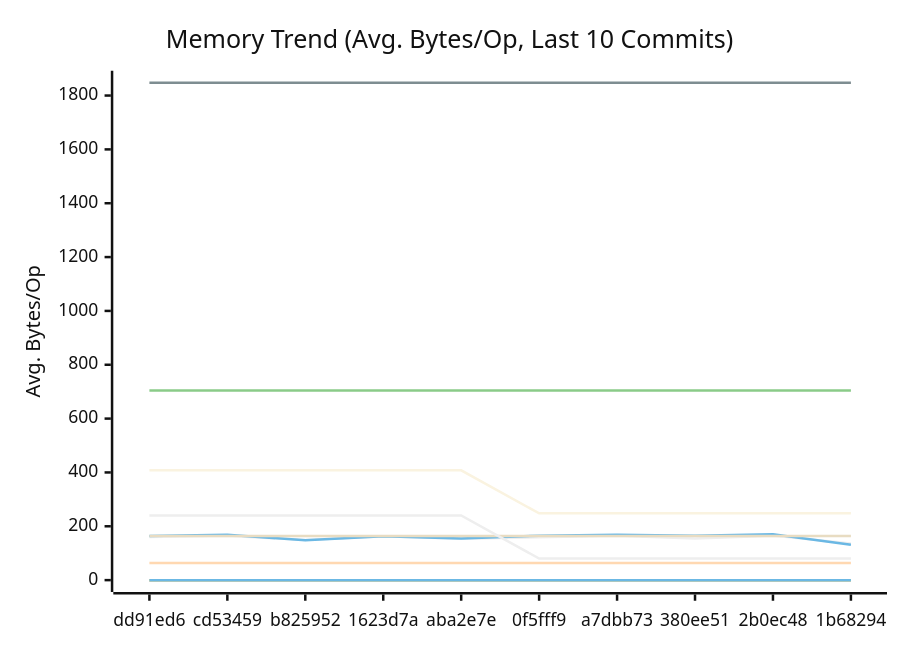
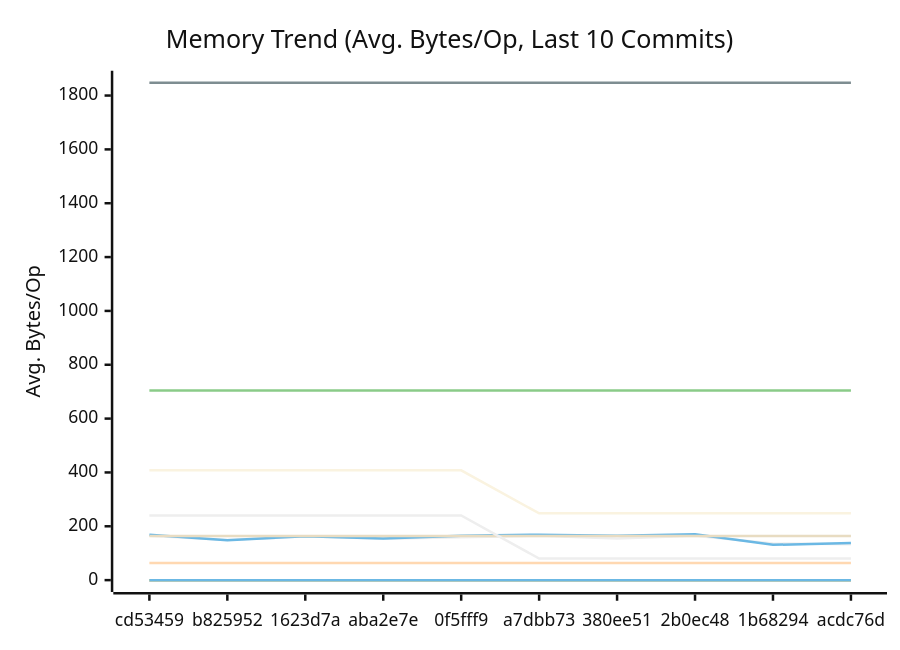
One commit to alsotoes/momo changed the second of 3 diagrams in docs/PERFORMANCE.md. Above: the diagram before and after it, drawn with Mermaid (neutral theme). The commit also changed other lines of this file and 1 other file, not shown here.

````diff
--- a/docs/PERFORMANCE.md
+++ b/docs/PERFORMANCE.md
@@ -171,20 +171,20 @@
 ```mermaid
 xychart-beta
     title "Memory Trend (Avg. Bytes/Op, Last 10 Commits)"
     x-axis "Commit"
     y-axis "Avg. Bytes/Op"
-    x-axis [dd91ed6,cd53459,b825952,1623d7a,aba2e7e,0f5fff9,a7dbb73,380ee51,2b0ec48,1b68294]
-    line "AWSChunkedReaderSigned" [160,165,149,163,154,159,165,155,165,136]
-    line "AWSChunkedReaderUnsigned" [164,169,148,163,155,165,169,165,170,131]
+    x-axis [cd53459,b825952,1623d7a,aba2e7e,0f5fff9,a7dbb73,380ee51,2b0ec48,1b68294,acdc76d]
+    line "AWSChunkedReaderSigned" [165,149,163,154,159,165,155,165,136,133]
+    line "AWSChunkedReaderUnsigned" [169,148,163,155,165,169,165,170,131,138]
     line "CheckMetricsAndSwap" [0,0,0,0,0,0,0,0,0,0]
     line "CrushOptimized" [0,0,0,0,0,0,0,0,0,0]
     line "CrushOriginal" [164,164,164,164,164,164,164,164,164,164]
     line "IndexDirectTracking" [0,0,0,0,0,0,0,0,0,0]
     line "IndexSearch" [0,0,0,0,0,0,0,0,0,0]
     line "LoadGlobalConfig" [1848,1848,1848,1848,1848,1848,1848,1848,1848,1848]
     line "PadString" [64,64,64,64,64,64,64,64,64,64]
     line "ParseReplicationOrder_NoPrealloc" [408,408,408,408,408,248,248,248,248,248]
     line "ParseReplicationOrder_Prealloc" [240,240,240,240,240,80,80,80,80,80]
     line "SanitizeLog/Safe" [0,0,0,0,0,0,0,0,0,0]
     line "SanitizeLog/Unsafe" [704,704,704,704,704,704,704,704,704,704]
 ```
````
